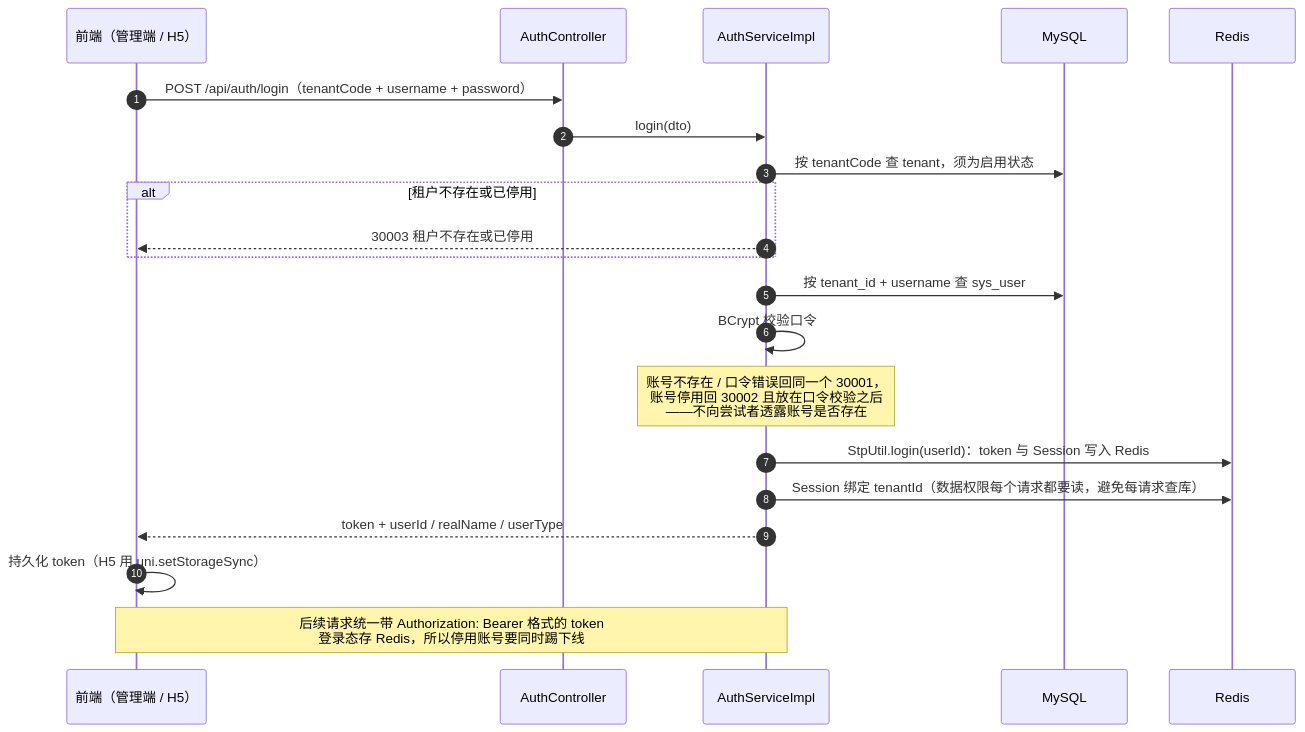
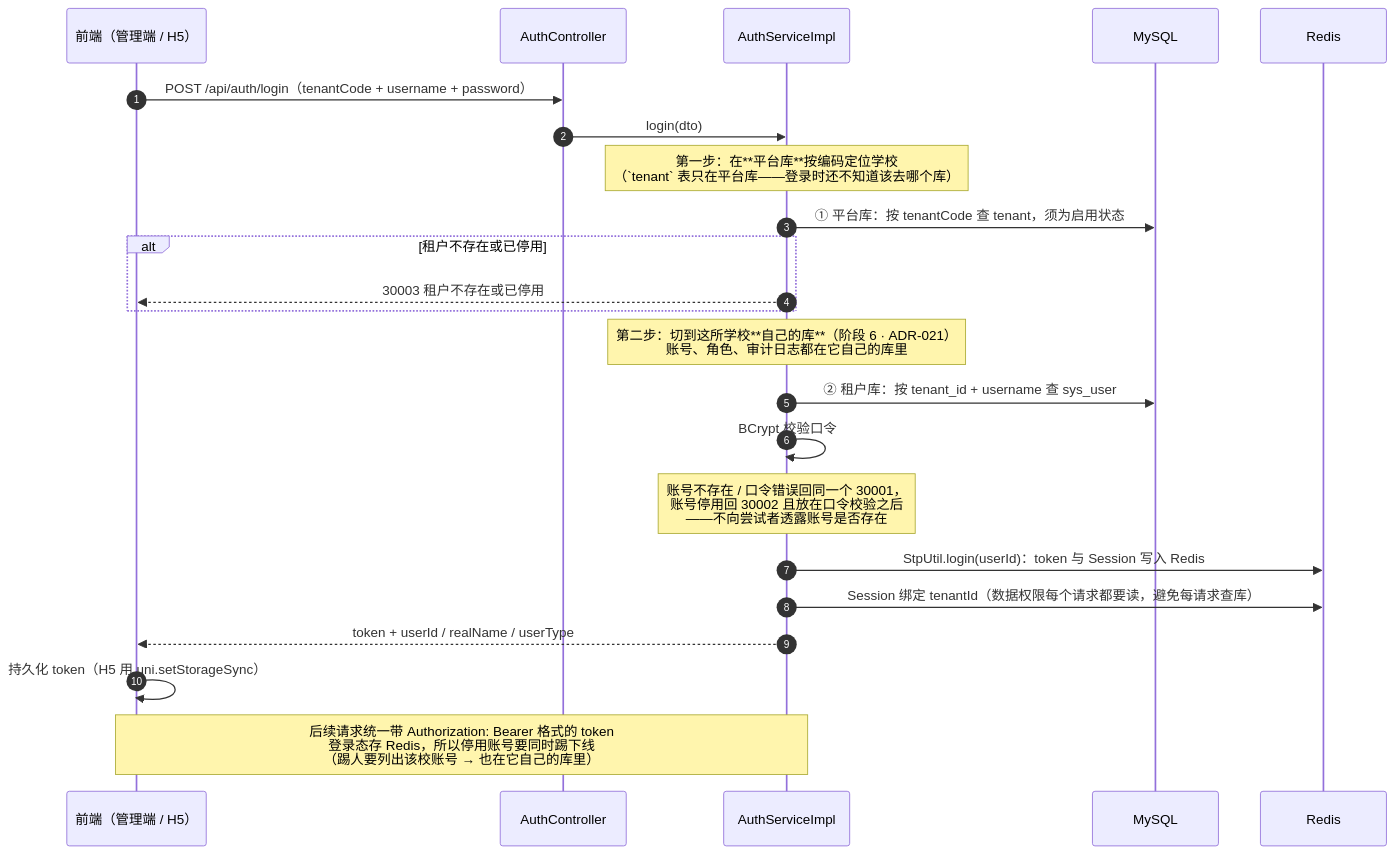
The fourth of 12 diagrams in docs/06-架构图.md (bluemalic/repair-platform), drawn with Mermaid before and after one commit. The commit also changed other lines of this file and 7 other files, not shown here.

````diff
--- a/docs/06-架构图.md
+++ b/docs/06-架构图.md
@@ -209,24 +209,26 @@
 ```mermaid
 sequenceDiagram
     autonumber
     participant C as 前端（管理端 / H5）
     participant A as AuthController
     participant S as AuthServiceImpl
     participant DB as MySQL
     participant R as Redis
 
     C->>A: POST /api/auth/login（tenantCode + username + password）
     A->>S: login(dto)
-    S->>DB: 按 tenantCode 查 tenant，须为启用状态
+    Note over S: 第一步：在**平台库**按编码定位学校<br/>（`tenant` 表只在平台库——登录时还不知道该去哪个库）
+    S->>DB: ① 平台库：按 tenantCode 查 tenant，须为启用状态
     alt 租户不存在或已停用
         S-->>C: 30003 租户不存在或已停用
     end
-    S->>DB: 按 tenant_id + username 查 sys_user
+    Note over S: 第二步：切到这所学校**自己的库**（阶段 6 · ADR-021）<br/>账号、角色、审计日志都在它自己的库里
+    S->>DB: ② 租户库：按 tenant_id + username 查 sys_user
     S->>S: BCrypt 校验口令
     Note over S: 账号不存在 / 口令错误回同一个 30001，<br/>账号停用回 30002 且放在口令校验之后<br/>——不向尝试者透露账号是否存在
     S->>R: StpUtil.login(userId)：token 与 Session 写入 Redis
     S->>R: Session 绑定 tenantId（数据权限每个请求都要读，避免每请求查库）
     S-->>C: token + userId / realName / userType
     C->>C: 持久化 token（H5 用 uni.setStorageSync）
-    Note over C,S: 后续请求统一带 Authorization: Bearer 格式的 token<br/>登录态存 Redis，所以停用账号要同时踢下线
+    Note over C,S: 后续请求统一带 Authorization: Bearer 格式的 token<br/>登录态存 Redis，所以停用账号要同时踢下线<br/>（踢人要列出该校账号 → 也在它自己的库里）
 ```
````
